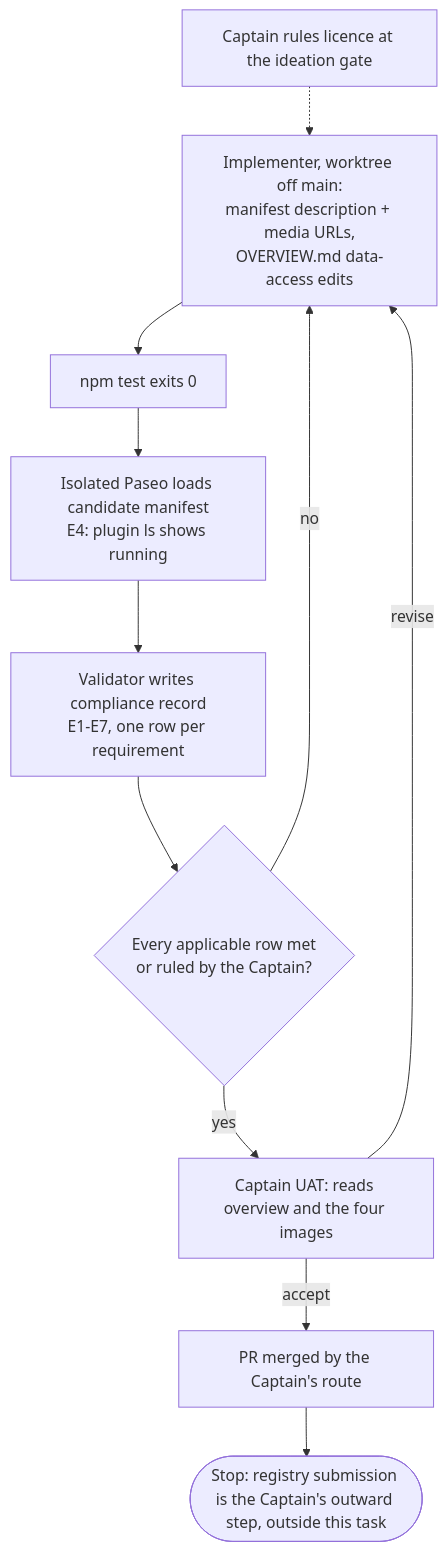
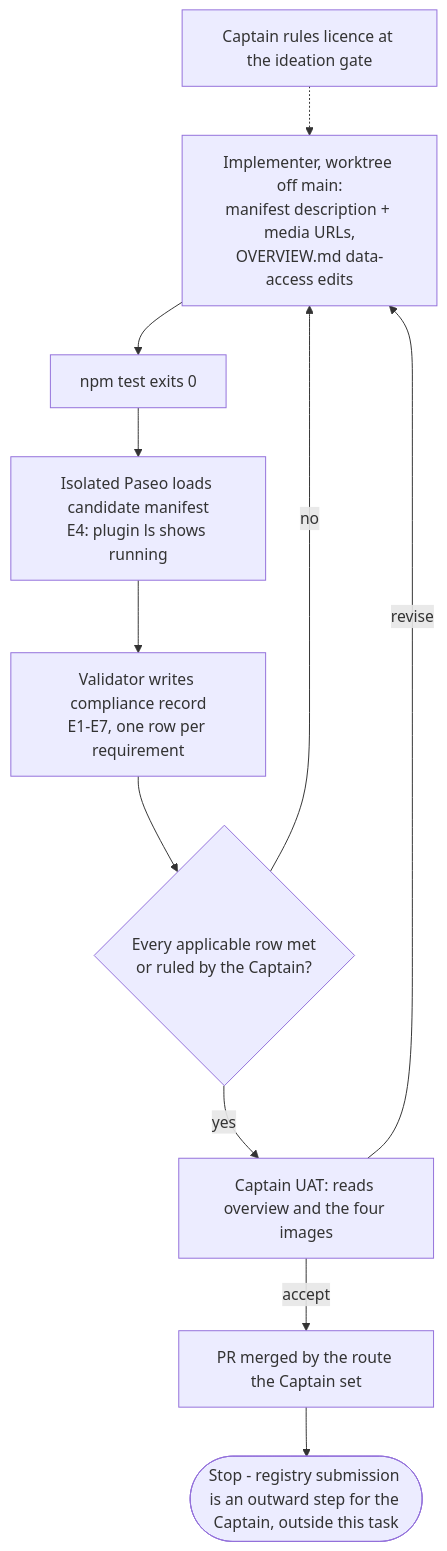
One commit to iamcxa/kc-paseo-plugins changed the diagram in project-env-registry-listing.md. Above: the diagram before and after it, drawn with Mermaid. The commit also changed other lines of this file, not shown here.

Commit message:
ideation: project-env-registry-listing E4 cleanup avoids the shared browser session

````diff
--- a/project-env-registry-listing.md
+++ b/project-env-registry-listing.md
@@ -80,13 +80,13 @@
 ```mermaid
 flowchart TD
   A[Implementer, worktree off main:<br/>manifest description + media URLs,<br/>OVERVIEW.md data-access edits] --> B[npm test exits 0]
   B --> C[Isolated Paseo loads candidate manifest<br/>E4: plugin ls shows running]
   C --> D[Validator writes compliance record<br/>E1-E7, one row per requirement]
   D --> E{Every applicable row met<br/>or ruled by the Captain?}
   E -- no --> A
   E -- yes --> F[Captain UAT: reads overview and the four images]
   F -- revise --> A
-  F -- accept --> G[PR merged by the Captain's route]
-  G --> H([Stop: registry submission is the Captain's outward step, outside this task])
+  F -- accept --> G[PR merged by the route the Captain set]
+  G --> H([Stop - registry submission is an outward step for the Captain, outside this task])
   L[Captain rules licence at the ideation gate] -.-> A
 ```
````
